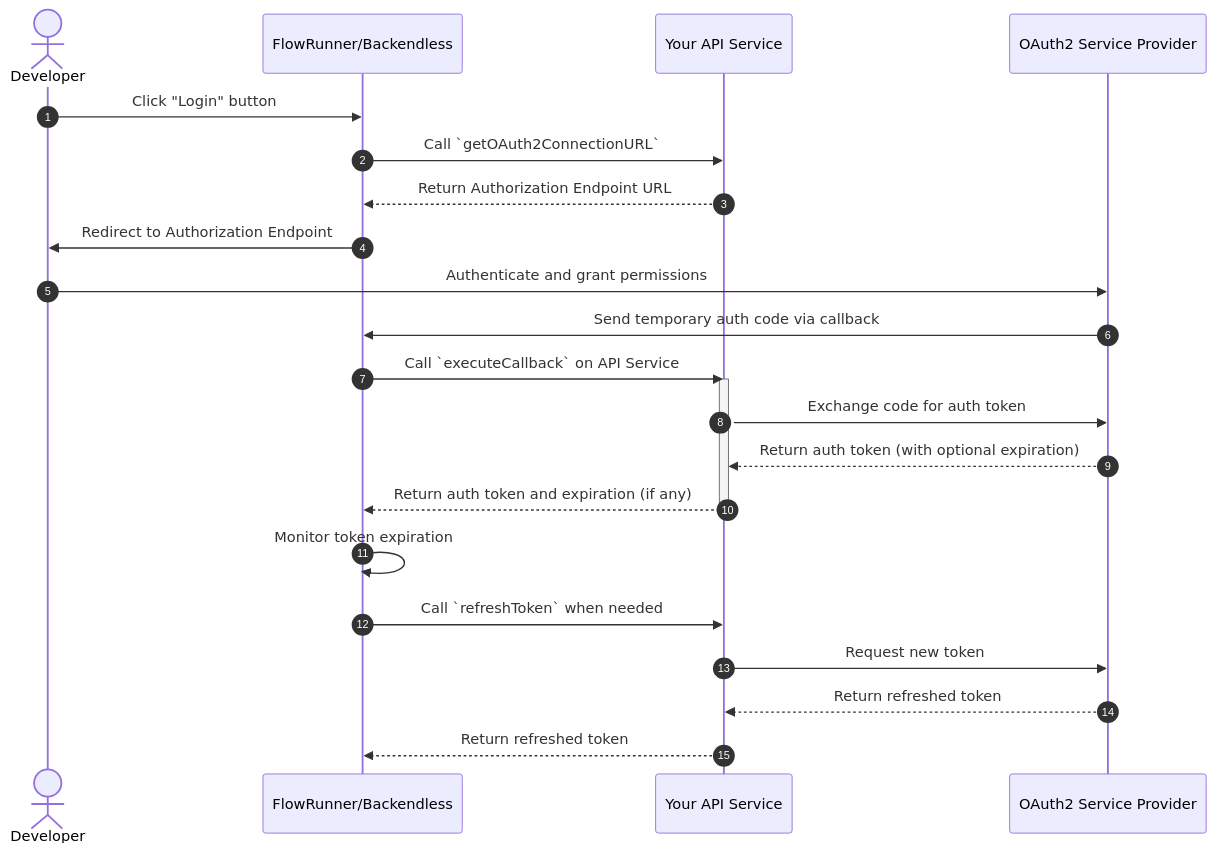
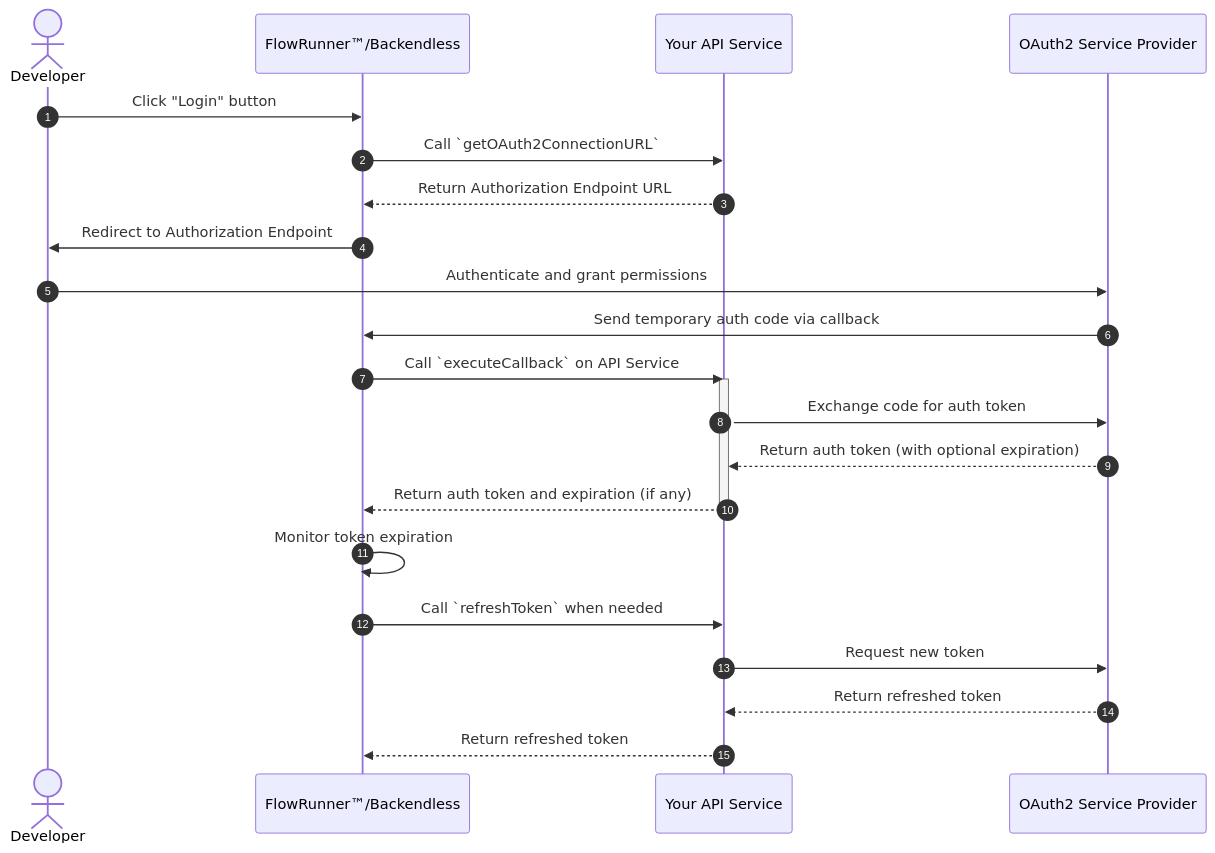
The second of 2 diagrams in automations/content/extensibility/oauth2-services.md (FlowRunner-AI/docs), drawn with Mermaid before and after one commit. The commit also changed other lines of this file and 988 other files, not shown here.

First line of the commit message:
Initial FlowRunner documentation commit

````diff
--- a/automations/content/extensibility/oauth2-services.md
+++ b/automations/content/extensibility/oauth2-services.md
@@ -121,26 +121,26 @@
 ```mermaid
 sequenceDiagram
     autonumber
     actor Developer
-    participant FlowRunner as FlowRunner/Backendless
+    participant FlowRunner™ as FlowRunner™/Backendless
     participant APIService as Your API Service
     participant OAuth2Provider as OAuth2 Service Provider
 
-    Developer->>FlowRunner: Click "Login" button
-    FlowRunner->>APIService: Call `getOAuth2ConnectionURL`
-    APIService-->>FlowRunner: Return Authorization Endpoint URL
-    FlowRunner->>Developer: Redirect to Authorization Endpoint
+    Developer->>FlowRunner™: Click "Login" button
+    FlowRunner™->>APIService: Call `getOAuth2ConnectionURL`
+    APIService-->>FlowRunner™: Return Authorization Endpoint URL
+    FlowRunner™->>Developer: Redirect to Authorization Endpoint
     Developer->>OAuth2Provider: Authenticate and grant permissions
-    OAuth2Provider->>FlowRunner: Send temporary auth code via callback
-    FlowRunner->>APIService: Call `executeCallback` on API Service
+    OAuth2Provider->>FlowRunner™: Send temporary auth code via callback
+    FlowRunner™->>APIService: Call `executeCallback` on API Service
     activate APIService
     APIService->>OAuth2Provider: Exchange code for auth token
     OAuth2Provider-->>APIService: Return auth token (with optional expiration)
-    APIService-->>FlowRunner: Return auth token and expiration (if any)
+    APIService-->>FlowRunner™: Return auth token and expiration (if any)
     deactivate APIService
-    FlowRunner->>FlowRunner: Monitor token expiration
-    FlowRunner->>APIService: Call `refreshToken` when needed
+    FlowRunner™->>FlowRunner™: Monitor token expiration
+    FlowRunner™->>APIService: Call `refreshToken` when needed
     APIService->>OAuth2Provider: Request new token
     OAuth2Provider-->>APIService: Return refreshed token
-    APIService-->>FlowRunner: Return refreshed token
+    APIService-->>FlowRunner™: Return refreshed token
 ```
````
